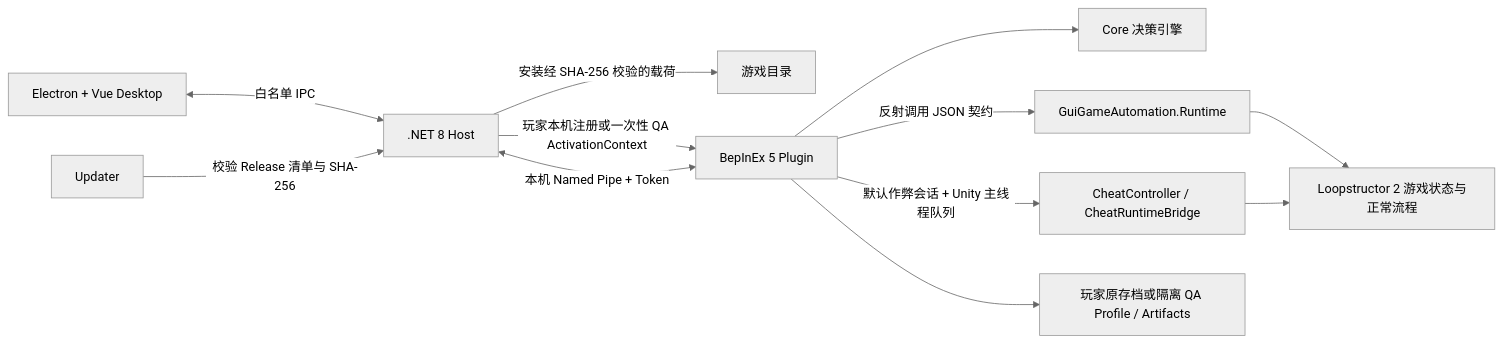
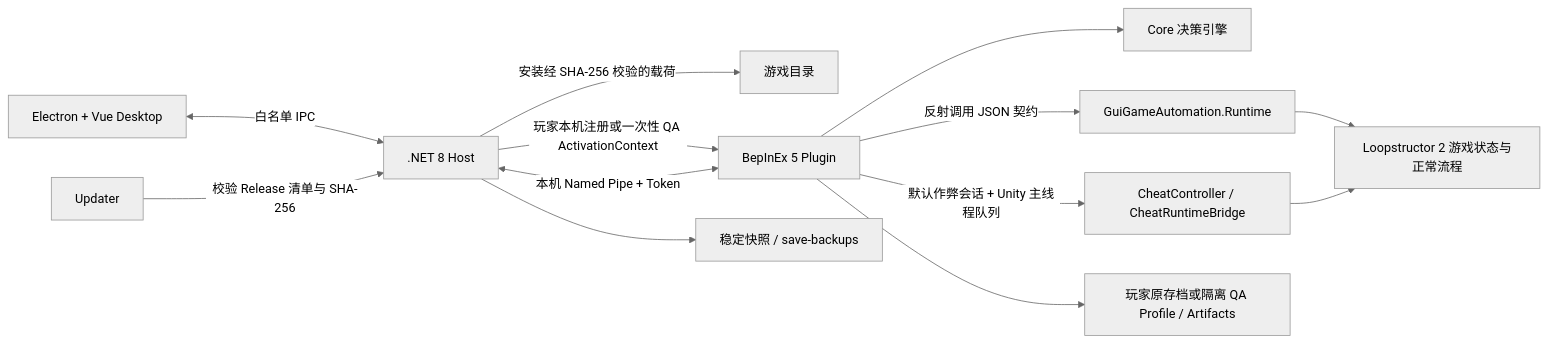
Before and after one commit to yingyu4451/Loopstructor-2-AutoPlayer: the diagram in docs/architecture.md, drawn with Mermaid (neutral theme). The commit also changed other lines of this file and 34 other files, not shown here.

Commit message:
feat: add save backups and refine desktop UI

````diff
--- a/docs/architecture.md
+++ b/docs/architecture.md
@@ -9,14 +9,15 @@
 ```mermaid
 flowchart LR
     D["Electron + Vue Desktop"] <-->|"白名单 IPC"| M[".NET 8 Host"]
     M -->|"安装经 SHA-256 校验的载荷"| G["游戏目录"]
     M -->|"玩家本机注册或一次性 QA ActivationContext"| P["BepInEx 5 Plugin"]
     M <-->|"本机 Named Pipe + Token"| P
     P --> C["Core 决策引擎"]
     P -->|"反射调用 JSON 契约"| R["GuiGameAutomation.Runtime"]
     R --> S["Loopstructor 2 游戏状态与正常流程"]
     P -->|"默认作弊会话 + Unity 主线程队列"| H["CheatController / CheatRuntimeBridge"]
     H --> S
     P --> Q["玩家原存档或隔离 QA Profile / Artifacts"]
+    M --> B["稳定快照 / save-backups"]
     U["Updater"] -->|"校验 Release 清单与 SHA-256"| M
 ```
````
